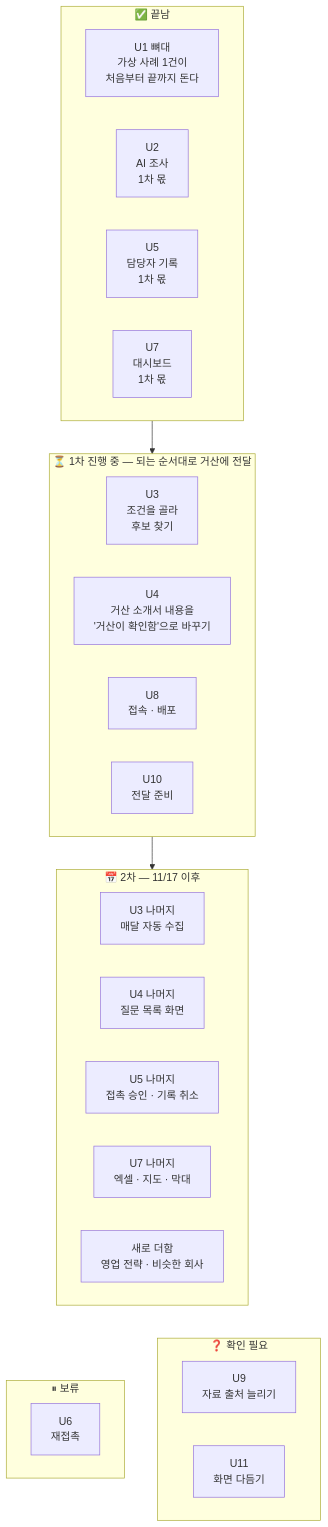
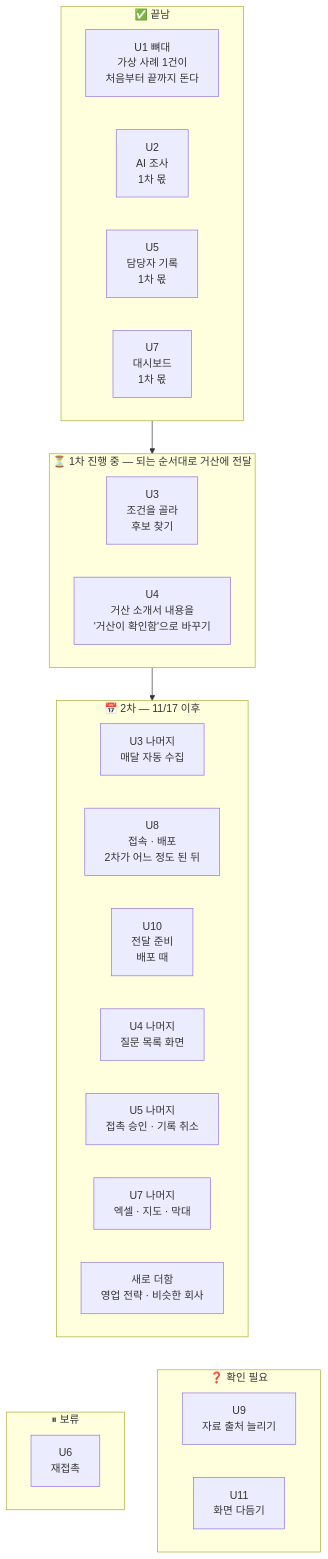
One commit to agent-ddalgi-team/final-geosan changed the second of 2 diagrams in docs/map/README.md. Above: the diagram before and after it, drawn with Mermaid. The commit also changed other lines of this file and 4 other files, not shown here.

````diff
--- a/docs/map/README.md
+++ b/docs/map/README.md
@@ -54,32 +54,32 @@
 ```mermaid
 flowchart TB
     subgraph DONE["✅ 끝남"]
         U1["U1 뼈대<br/>가상 사례 1건이<br/>처음부터 끝까지 돈다"]
         U2["U2<br/>AI 조사<br/>1차 몫"]
         U5["U5<br/>담당자 기록<br/>1차 몫"]
         U7["U7<br/>대시보드<br/>1차 몫"]
     end
     subgraph NOW["⏳ 1차 진행 중 — 되는 순서대로 거산에 전달"]
         U3["U3<br/>조건을 골라<br/>후보 찾기"]
         U4["U4<br/>거산 소개서 내용을<br/>'거산이 확인함'으로 바꾸기"]
-        U8["U8<br/>접속 · 배포"]
-        U10["U10<br/>전달 준비"]
     end
     subgraph NEXT["📅 2차 — 11/17 이후"]
         X0["U3 나머지<br/>매달 자동 수집"]
+        U8["U8<br/>접속 · 배포<br/>2차가 어느 정도 된 뒤"]
+        U10["U10<br/>전달 준비<br/>배포 때"]
         X1["U4 나머지<br/>질문 목록 화면"]
         X2["U5 나머지<br/>접촉 승인 · 기록 취소"]
         X3["U7 나머지<br/>엑셀 · 지도 · 막대"]
         X4["새로 더함<br/>영업 전략 · 비슷한 회사"]
     end
     subgraph HOLD["⏸ 보류"]
         U6["U6<br/>재접촉"]
     end
     subgraph ASK["❓ 확인 필요"]
         U9["U9<br/>자료 출처 늘리기"]
         U11["U11<br/>화면 다듬기"]
     end
     DONE --> NOW --> NEXT
     NEXT ~~~ HOLD
     NEXT ~~~ ASK
 ```
````
